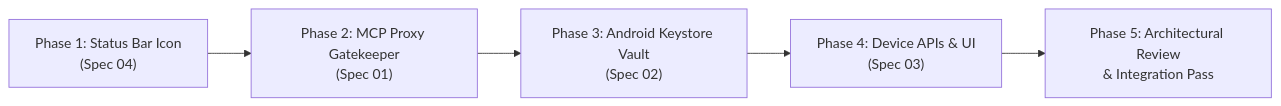
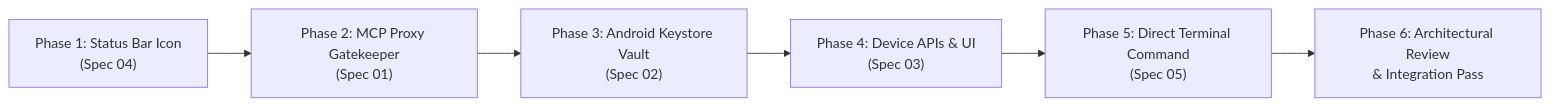
One commit to MisterMoeGreen/Antigravity-Studio-App changed the second of 2 diagrams in specs/v1.9.0/OVERVIEW_AND_IMPLEMENTATION_GUIDE.md. Above: the diagram before and after it, drawn with Mermaid. The commit also changed other lines of this file and 1 other file, not shown here.

Commit message:
feat(specs): add Module 05 direct chat terminal command execution with auto-clearing '!' trigger

````diff
--- a/specs/v1.9.0/OVERVIEW_AND_IMPLEMENTATION_GUIDE.md
+++ b/specs/v1.9.0/OVERVIEW_AND_IMPLEMENTATION_GUIDE.md
@@ -145,7 +161,8 @@
 ```mermaid
 flowchart LR
     G1["Phase 1: Status Bar Icon\n(Spec 04)"] --> G2["Phase 2: MCP Proxy Gatekeeper\n(Spec 01)"]
     G2 --> G3["Phase 3: Android Keystore Vault\n(Spec 02)"]
     G3 --> G4["Phase 4: Device APIs & UI\n(Spec 03)"]
-    G4 --> G5["Phase 5: Architectural Review\n& Integration Pass"]
+    G4 --> G5["Phase 5: Direct Terminal Command\n(Spec 05)"]
+    G5 --> G6["Phase 6: Architectural Review\n& Integration Pass"]
 ```
````
